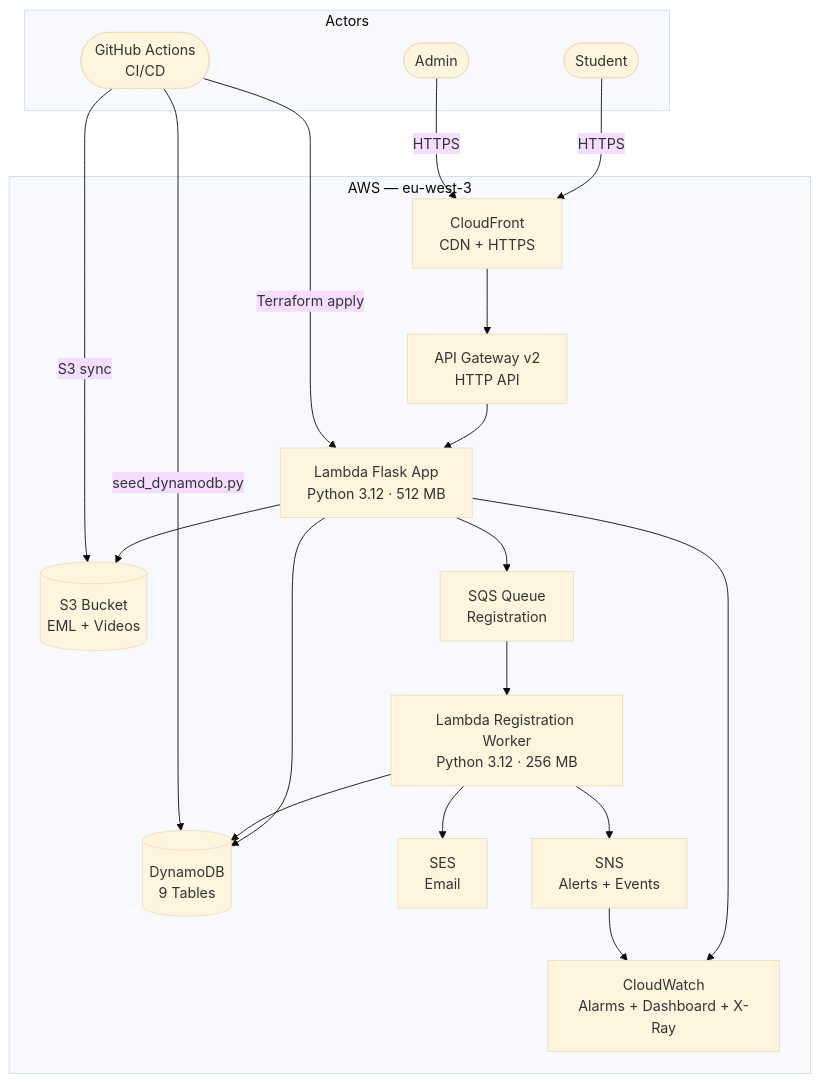
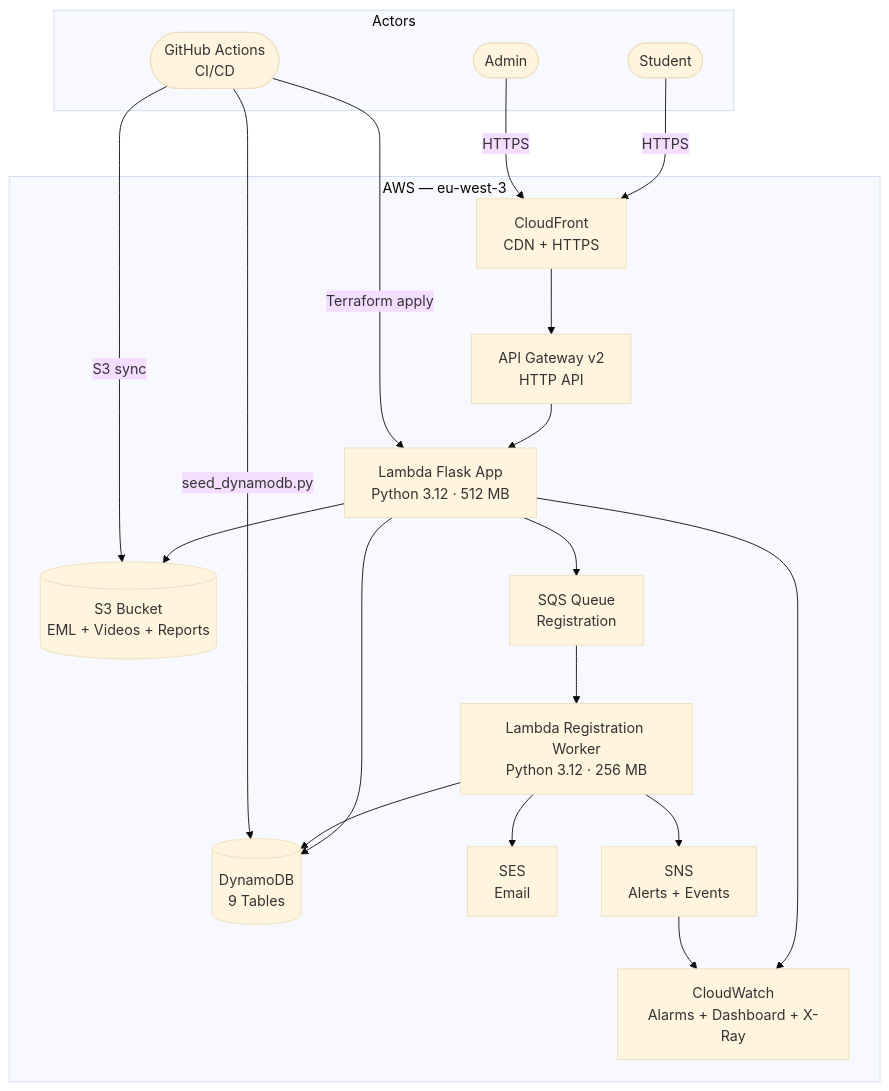
Before and after one commit to Panacota96/master-Project-Phishing: the first of 10 diagrams in documentation/ARCHITECTURE.md, drawn with Mermaid (base theme). The commit also changed other lines of this file and 6 other files, not shown here.

````diff
--- a/documentation/ARCHITECTURE.md
+++ b/documentation/ARCHITECTURE.md
@@ -25,38 +25,38 @@
 ```mermaid
 graph TB
     subgraph Actors
         Student(["Student"])
         Admin(["Admin"])
         GHA(["GitHub Actions\nCI/CD"])
     end
 
     subgraph AWS["AWS — eu-west-3"]
         CF["CloudFront\nCDN + HTTPS"]
         APIGW["API Gateway v2\nHTTP API"]
         LambdaApp["Lambda Flask App\nPython 3.12 · 512 MB"]
         LambdaWorker["Lambda Registration Worker\nPython 3.12 · 256 MB"]
         DDB[("DynamoDB\n9 Tables")]
-        S3[("S3 Bucket\nEML + Videos")]
+        S3[("S3 Bucket\nEML + Videos + Reports")]
         SQS["SQS Queue\nRegistration"]
         SES["SES\nEmail"]
         SNS["SNS\nAlerts + Events"]
         CW["CloudWatch\nAlarms + Dashboard + X-Ray"]
     end
 
     Student -->|HTTPS| CF
     Admin -->|HTTPS| CF
     CF --> APIGW
     APIGW --> LambdaApp
     LambdaApp --> DDB
     LambdaApp --> S3
     LambdaApp --> SQS
     SQS --> LambdaWorker
     LambdaWorker --> DDB
     LambdaWorker --> SES
     LambdaWorker --> SNS
     LambdaApp --> CW
     SNS --> CW
     GHA -->|Terraform apply| LambdaApp
     GHA -->|S3 sync| S3
     GHA -->|seed_dynamodb.py| DDB
 ```
````
